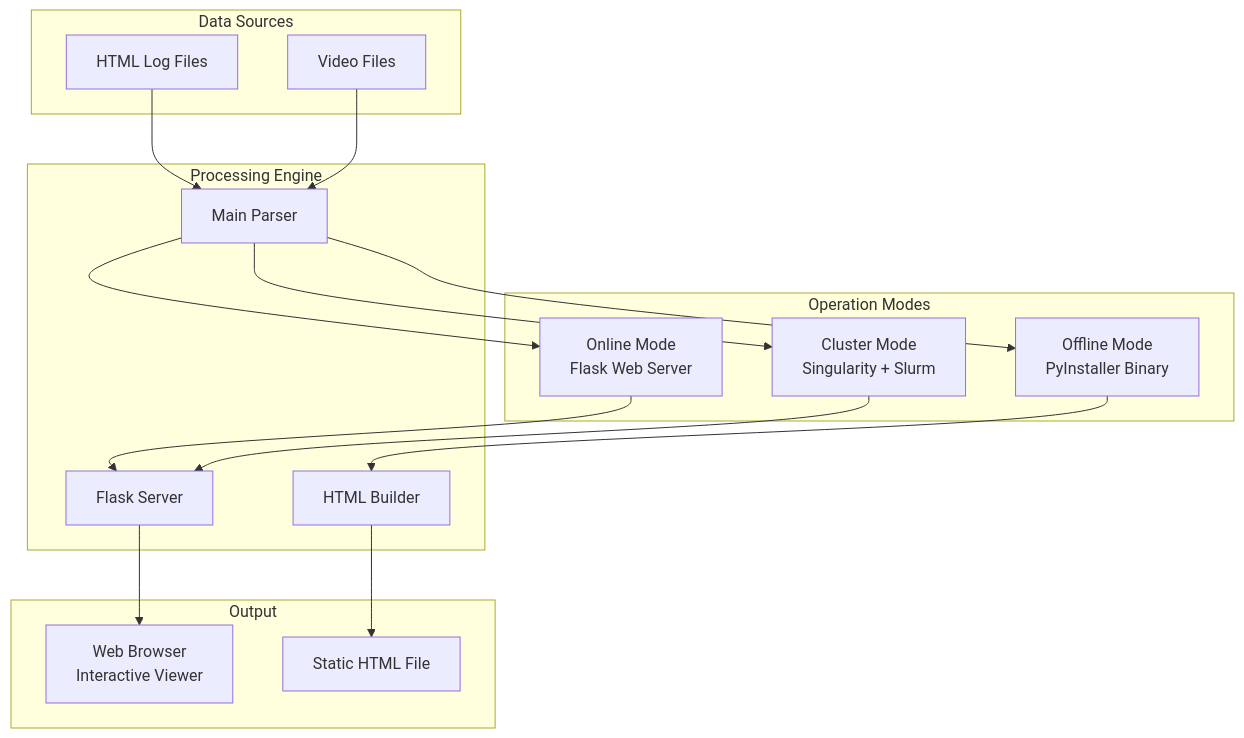
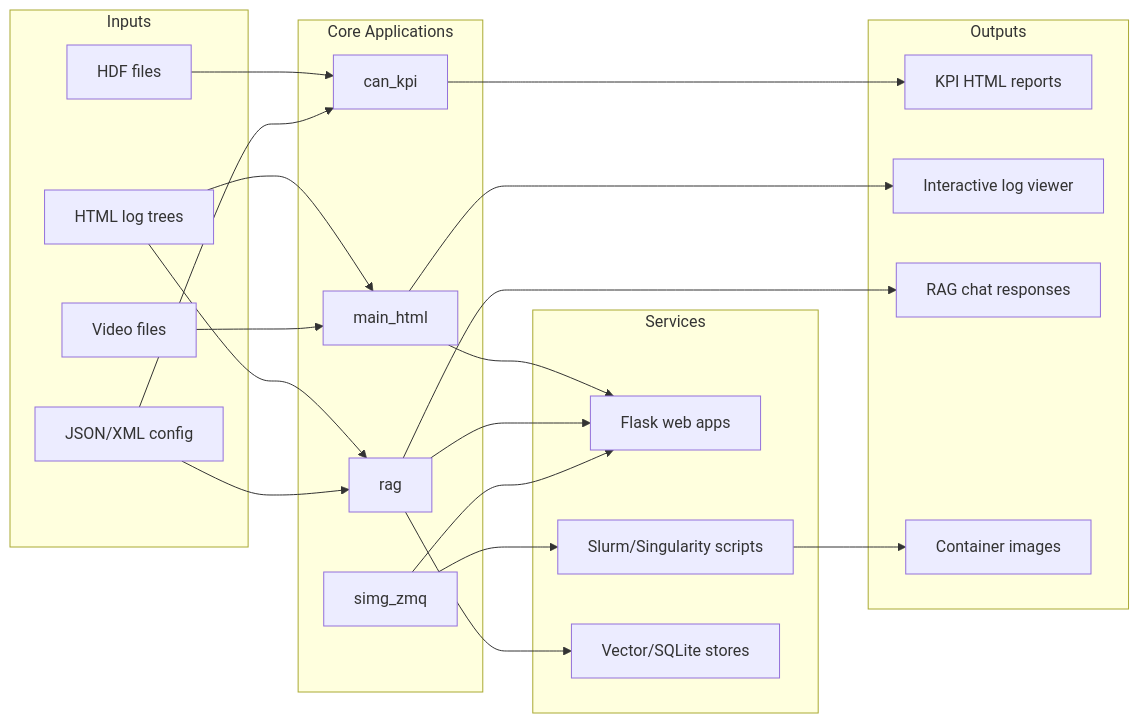
One commit to krishnakumarbhat/plotly_code changed the diagram in README.md. Above: the diagram before and after it, drawn with Mermaid. The commit also changed other lines of this file and 1 other file, not shown here.

````diff
--- a/README.md
+++ b/README.md
@@ -10,33 +21,45 @@
 ```mermaid
-flowchart TD
-    subgraph Input["Data Sources"]
-        HTML_DIR[HTML Log Files]
-        VID_DIR[Video Files]
-    end
+flowchart LR
+        subgraph Inputs
+                HDF[HDF files]
+                HTML[HTML log trees]
+                VIDEO[Video files]
+                CFG[JSON/XML config]
+        end
 
-    subgraph Modes["Operation Modes"]
-        OFFLINE[Offline Mode\nPyInstaller Binary]
-        ONLINE[Online Mode\nFlask Web Server]
-        CLUSTER[Cluster Mode\nSingularity + Slurm]
-    end
+        subgraph CoreApps[Core Applications]
+                CKPI[can_kpi]
+                MHTML[main_html]
+                RAG[rag]
+                SZ[simg_zmq]
+        end
 
-    subgraph Processing["Processing Engine"]
-        MAIN[Main Parser]
-        BUILD[HTML Builder]
-        SERVE[Flask Server]
-    end
+        subgraph Services
+                WEB[Flask web apps]
+                JOBS[Slurm/Singularity scripts]
+                IDX[Vector/SQLite stores]
+        end
 
-    subgraph Output["Output"]
-        BROWSER[Web Browser\nInteractive Viewer]
-        FILE[Static HTML File]
-    end
+        subgraph Outputs
+                KPIHTML[KPI HTML reports]
+                VIEWER[Interactive log viewer]
+                CHAT[RAG chat responses]
+                IMG[Container images]
+        end
 
-    HTML_DIR --> MAIN
-    VID_DIR --> MAIN
-    MAIN --> OFFLINE
-    MAIN --> ONLINE
-    MAIN --> CLUSTER
-    OFFLINE --> BUILD --> FILE
-    ONLINE --> SERVE --> BROWSER
-    CLUSTER --> SERVE
+        HDF --> CKPI
+        CFG --> CKPI
+        HTML --> MHTML
+        VIDEO --> MHTML
+        HTML --> RAG
+        CFG --> RAG
+        CKPI --> KPIHTML
+        MHTML --> WEB
+        MHTML --> VIEWER
+        RAG --> WEB
+        RAG --> CHAT
+        RAG --> IDX
+        SZ --> WEB
+        SZ --> JOBS
+        JOBS --> IMG
 ```
````
